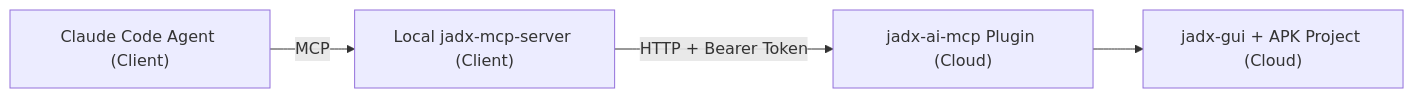
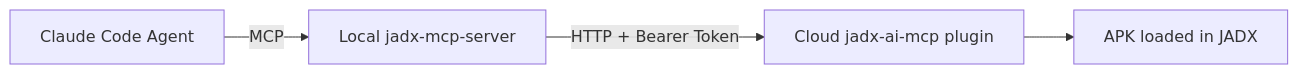
The diagram in README.md (DongShuaike/jadx-enhancement), drawn with Mermaid before and after one commit. The commit also changed other lines of this file, not shown here.

````diff
--- a/README.md
+++ b/README.md
@@ -19,6 +22,6 @@
 ```mermaid
 flowchart LR
-  A["Claude Code Agent (Client)"] -->|MCP| B["Local jadx-mcp-server (Client)"]
-  B -->|HTTP + Bearer Token| C["jadx-ai-mcp Plugin (Cloud)"]
-  C --> D["jadx-gui + APK Project (Cloud)"]
+  A["Claude Code Agent"] -->|MCP| B["Local jadx-mcp-server"]
+  B -->|HTTP + Bearer Token| C["Cloud jadx-ai-mcp plugin"]
+  C --> D["APK loaded in JADX"]
 ```
````
